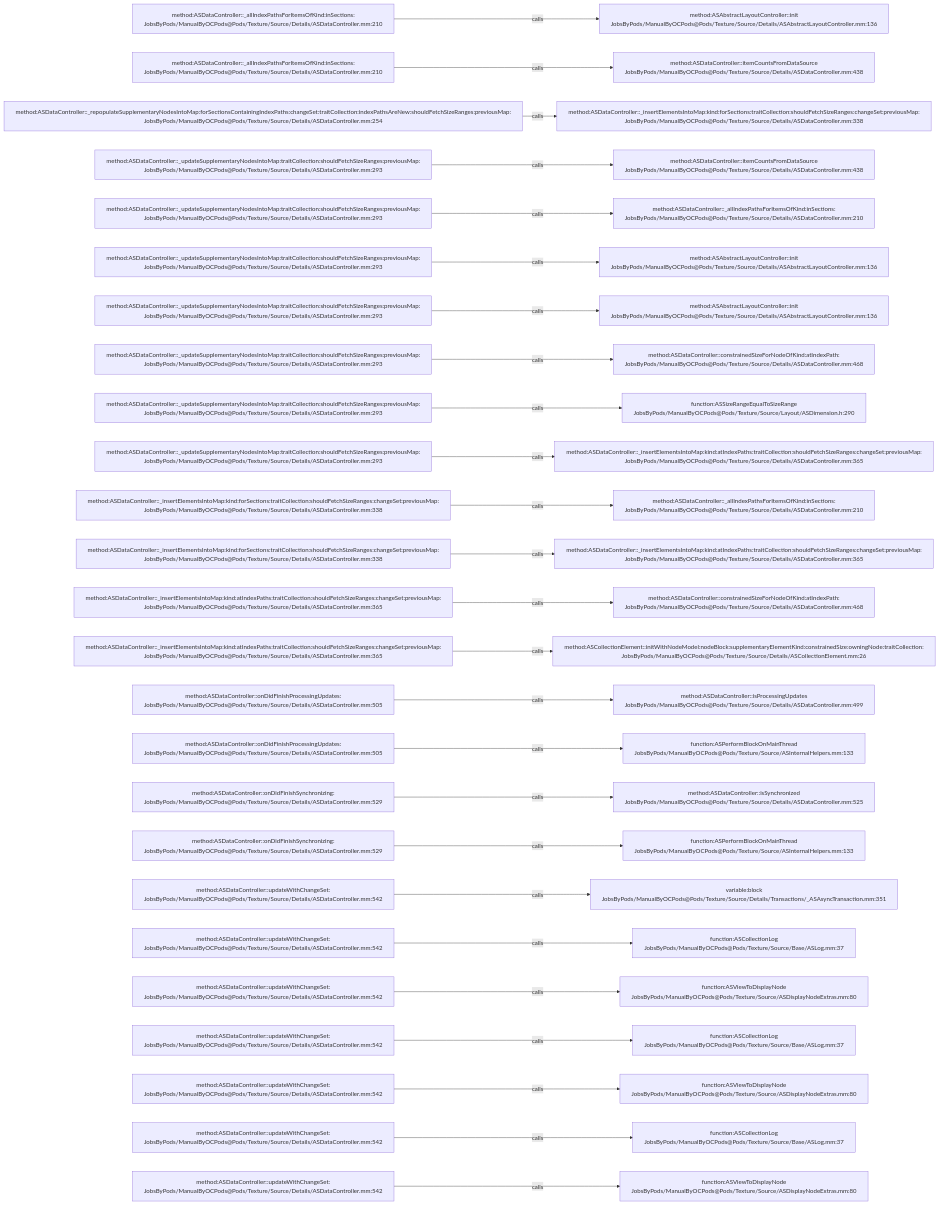
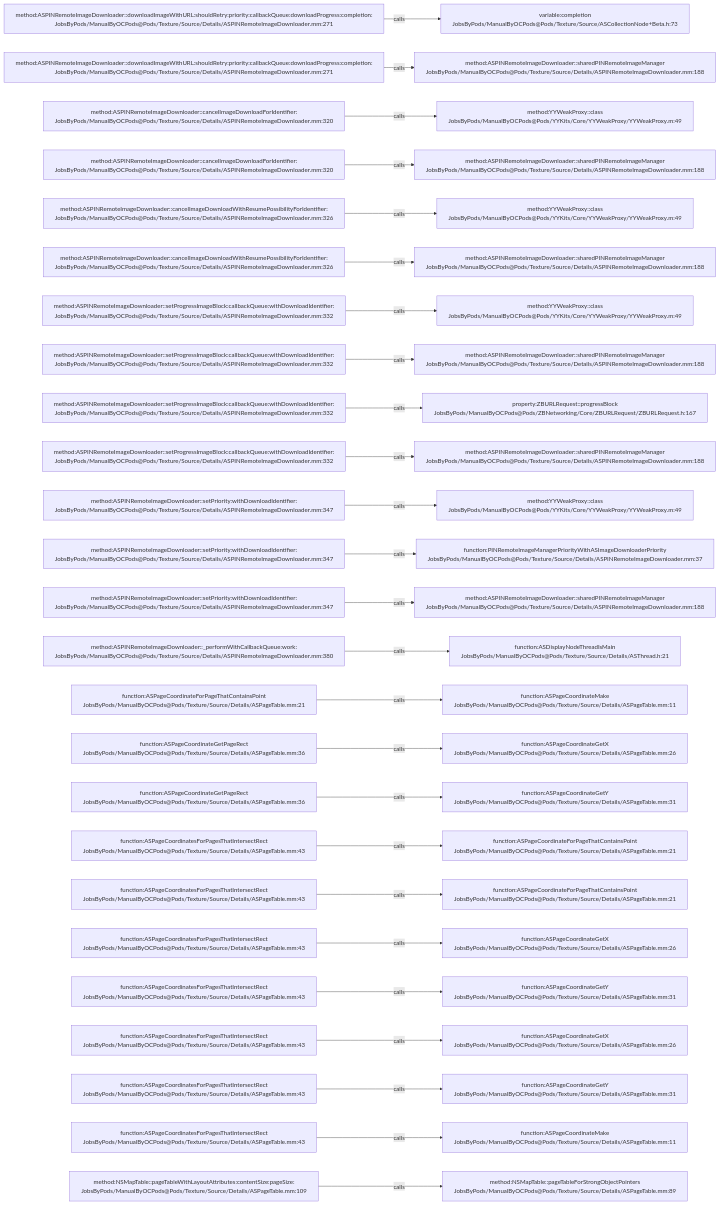
One commit to JobsKits/JobsOCBaseConfigDemo changed the diagram in .codegraph/codegraph.md/graphs/calls-146.md. Above: the diagram before and after it, drawn with Mermaid. The commit also changed 2723 other files, not shown here.

````diff
--- a/.codegraph/codegraph.md/graphs/calls-146.md
+++ b/.codegraph/codegraph.md/graphs/calls-146.md
@@ -13,78 +13,78 @@
 ```mermaid
 flowchart LR
-  S1["method:ASDataController::_allIndexPathsForItemsOfKind:inSections:<br/>JobsByPods/ManualByOCPods@Pods/Texture/Source/Details/ASDataController.mm:210"]
-  T1["method:ASAbstractLayoutController::init<br/>JobsByPods/ManualByOCPods@Pods/Texture/Source/Details/ASAbstractLayoutController.mm:136"]
+  S1["method:ASPINRemoteImageDownloader::downloadImageWithURL:shouldRetry:priority:callbackQueue:downloadProgress:completion:<br/>JobsByPods/ManualByOCPods@Pods/Texture/Source/Details/ASPINRemoteImageDownloader.mm:271"]
+  T1["variable:completion<br/>JobsByPods/ManualByOCPods@Pods/Texture/Source/ASCollectionNode+Beta.h:73"]
   S1 -->|calls| T1
-  S2["method:ASDataController::_allIndexPathsForItemsOfKind:inSections:<br/>JobsByPods/ManualByOCPods@Pods/Texture/Source/Details/ASDataController.mm:210"]
-  T2["method:ASDataController::itemCountsFromDataSource<br/>JobsByPods/ManualByOCPods@Pods/Texture/Source/Details/ASDataController.mm:438"]
+  S2["method:ASPINRemoteImageDownloader::downloadImageWithURL:shouldRetry:priority:callbackQueue:downloadProgress:completion:<br/>JobsByPods/ManualByOCPods@Pods/Texture/Source/Details/ASPINRemoteImageDownloader.mm:271"]
+  T2["method:ASPINRemoteImageDownloader::sharedPINRemoteImageManager<br/>JobsByPods/ManualByOCPods@Pods/Texture/Source/Details/ASPINRemoteImageDownloader.mm:188"]
   S2 -->|calls| T2
-  S3["method:ASDataController::_repopulateSupplementaryNodesIntoMap:forSectionsContainingIndexPaths:changeSet:traitCollection:indexPathsAreNew:shouldFetchSizeRanges:previousMap:<br/>JobsByPods/ManualByOCPods@Pods/Texture/Source/Details/ASDataController.mm:254"]
-  T3["method:ASDataController::_insertElementsIntoMap:kind:forSections:traitCollection:shouldFetchSizeRanges:changeSet:previousMap:<br/>JobsByPods/ManualByOCPods@Pods/Texture/Source/Details/ASDataController.mm:338"]
+  S3["method:ASPINRemoteImageDownloader::cancelImageDownloadForIdentifier:<br/>JobsByPods/ManualByOCPods@Pods/Texture/Source/Details/ASPINRemoteImageDownloader.mm:320"]
+  T3["method:YYWeakProxy::class<br/>JobsByPods/ManualByOCPods@Pods/YYKits/Core/YYWeakProxy/YYWeakProxy.m:49"]
   S3 -->|calls| T3
-  S4["method:ASDataController::_updateSupplementaryNodesIntoMap:traitCollection:shouldFetchSizeRanges:previousMap:<br/>JobsByPods/ManualByOCPods@Pods/Texture/Source/Details/ASDataController.mm:293"]
-  T4["method:ASDataController::itemCountsFromDataSource<br/>JobsByPods/ManualByOCPods@Pods/Texture/Source/Details/ASDataController.mm:438"]
+  S4["method:ASPINRemoteImageDownloader::cancelImageDownloadForIdentifier:<br/>JobsByPods/ManualByOCPods@Pods/Texture/Source/Details/ASPINRemoteImageDownloader.mm:320"]
+  T4["method:ASPINRemoteImageDownloader::sharedPINRemoteImageManager<br/>JobsByPods/ManualByOCPods@Pods/Texture/Source/Details/ASPINRemoteImageDownloader.mm:188"]
   S4 -->|calls| T4
-  S5["method:ASDataController::_updateSupplementaryNodesIntoMap:traitCollection:shouldFetchSizeRanges:previousMap:<br/>JobsByPods/ManualByOCPods@Pods/Texture/Source/Details/ASDataController.mm:293"]
-  T5["method:ASDataController::_allIndexPathsForItemsOfKind:inSections:<br/>JobsByPods/ManualByOCPods@Pods/Texture/Source/Details/ASDataController.mm:210"]
+  S5["method:ASPINRemoteImageDownloader::cancelImageDownloadWithResumePossibilityForIdentifier:<br/>JobsByPods/ManualByOCPods@Pods/Texture/Source/Details/ASPINRemoteImageDownloader.mm:326"]
+  T5["method:YYWeakProxy::class<br/>JobsByPods/ManualByOCPods@Pods/YYKits/Core/YYWeakProxy/YYWeakProxy.m:49"]
   S5 -->|calls| T5
-  S6["method:ASDataController::_updateSupplementaryNodesIntoMap:traitCollection:shouldFetchSizeRanges:previousMap:<br/>JobsByPods/ManualByOCPods@Pods/Texture/Source/Details/ASDataController.mm:293"]
-  T6["method:ASAbstractLayoutController::init<br/>JobsByPods/ManualByOCPods@Pods/Texture/Source/Details/ASAbstractLayoutController.mm:136"]
+  S6["method:ASPINRemoteImageDownloader::cancelImageDownloadWithResumePossibilityForIdentifier:<br/>JobsByPods/ManualByOCPods@Pods/Texture/Source/Details/ASPINRemoteImageDownloader.mm:326"]
+  T6["method:ASPINRemoteImageDownloader::sharedPINRemoteImageManager<br/>JobsByPods/ManualByOCPods@Pods/Texture/Source/Details/ASPINRemoteImageDownloader.mm:188"]
   S6 -->|calls| T6
-  S7["method:ASDataController::_updateSupplementaryNodesIntoMap:traitCollection:shouldFetchSizeRanges:previousMap:<br/>JobsByPods/ManualByOCPods@Pods/Texture/Source/Details/ASDataController.mm:293"]
-  T7["method:ASAbstractLayoutController::init<br/>JobsByPods/ManualByOCPods@Pods/Texture/Source/Details/ASAbstractLayoutController.mm:136"]
+  S7["method:ASPINRemoteImageDownloader::setProgressImageBlock:callbackQueue:withDownloadIdentifier:<br/>JobsByPods/ManualByOCPods@Pods/Texture/Source/Details/ASPINRemoteImageDownloader.mm:332"]
+  T7["method:YYWeakProxy::class<br/>JobsByPods/ManualByOCPods@Pods/YYKits/Core/YYWeakProxy/YYWeakProxy.m:49"]
   S7 -->|calls| T7
-  S8["method:ASDataController::_updateSupplementaryNodesIntoMap:traitCollection:shouldFetchSizeRanges:previousMap:<br/>JobsByPods/ManualByOCPods@Pods/Texture/Source/Details/ASDataController.mm:293"]
-  T8["method:ASDataController::constrainedSizeForNodeOfKind:atIndexPath:<br/>JobsByPods/ManualByOCPods@Pods/Texture/Source/Details/ASDataController.mm:468"]
+  S8["method:ASPINRemoteImageDownloader::setProgressImageBlock:callbackQueue:withDownloadIdentifier:<br/>JobsByPods/ManualByOCPods@Pods/Texture/Source/Details/ASPINRemoteImageDownloader.mm:332"]
+  T8["method:ASPINRemoteImageDownloader::sharedPINRemoteImageManager<br/>JobsByPods/ManualByOCPods@Pods/Texture/Source/Details/ASPINRemoteImageDownloader.mm:188"]
   S8 -->|calls| T8
-  S9["method:ASDataController::_updateSupplementaryNodesIntoMap:traitCollection:shouldFetchSizeRanges:previousMap:<br/>JobsByPods/ManualByOCPods@Pods/Texture/Source/Details/ASDataController.mm:293"]
-  T9["function:ASSizeRangeEqualToSizeRange<br/>JobsByPods/ManualByOCPods@Pods/Texture/Source/Layout/ASDimension.h:290"]
+  S9["method:ASPINRemoteImageDownloader::setProgressImageBlock:callbackQueue:withDownloadIdentifier:<br/>JobsByPods/ManualByOCPods@Pods/Texture/Source/Details/ASPINRemoteImageDownloader.mm:332"]
+  T9["property:ZBURLRequest::progressBlock<br/>JobsByPods/ManualByOCPods@Pods/ZBNetworking/Core/ZBURLRequest/ZBURLRequest.h:167"]
   S9 -->|calls| T9
-  S10["method:ASDataController::_updateSupplementaryNodesIntoMap:traitCollection:shouldFetchSizeRanges:previousMap:<br/>JobsByPods/ManualByOCPods@Pods/Texture/Source/Details/ASDataController.mm:293"]
-  T10["method:ASDataController::_insertElementsIntoMap:kind:atIndexPaths:traitCollection:shouldFetchSizeRanges:changeSet:previousMap:<br/>JobsByPods/ManualByOCPods@Pods/Texture/Source/Details/ASDataController.mm:365"]
+  S10["method:ASPINRemoteImageDownloader::setProgressImageBlock:callbackQueue:withDownloadIdentifier:<br/>JobsByPods/ManualByOCPods@Pods/Texture/Source/Details/ASPINRemoteImageDownloader.mm:332"]
+  T10["method:ASPINRemoteImageDownloader::sharedPINRemoteImageManager<br/>JobsByPods/ManualByOCPods@Pods/Texture/Source/Details/ASPINRemoteImageDownloader.mm:188"]
   S10 -->|calls| T10
-  S11["method:ASDataController::_insertElementsIntoMap:kind:forSections:traitCollection:shouldFetchSizeRanges:changeSet:previousMap:<br/>JobsByPods/ManualByOCPods@Pods/Texture/Source/Details/ASDataController.mm:338"]
-  T11["method:ASDataController::_allIndexPathsForItemsOfKind:inSections:<br/>JobsByPods/ManualByOCPods@Pods/Texture/Source/Details/ASDataController.mm:210"]
+  S11["method:ASPINRemoteImageDownloader::setPriority:withDownloadIdentifier:<br/>JobsByPods/ManualByOCPods@Pods/Texture/Source/Details/ASPINRemoteImageDownloader.mm:347"]
+  T11["method:YYWeakProxy::class<br/>JobsByPods/ManualByOCPods@Pods/YYKits/Core/YYWeakProxy/YYWeakProxy.m:49"]
   S11 -->|calls| T11
-  S12["method:ASDataController::_insertElementsIntoMap:kind:forSections:traitCollection:shouldFetchSizeRanges:changeSet:previousMap:<br/>JobsByPods/ManualByOCPods@Pods/Texture/Source/Details/ASDataController.mm:338"]
-  T12["method:ASDataController::_insertElementsIntoMap:kind:atIndexPaths:traitCollection:shouldFetchSizeRanges:changeSet:previousMap:<br/>JobsByPods/ManualByOCPods@Pods/Texture/Source/Details/ASDataController.mm:365"]
+  S12["method:ASPINRemoteImageDownloader::setPriority:withDownloadIdentifier:<br/>JobsByPods/ManualByOCPods@Pods/Texture/Source/Details/ASPINRemoteImageDownloader.mm:347"]
+  T12["function:PINRemoteImageManagerPriorityWithASImageDownloaderPriority<br/>JobsByPods/ManualByOCPods@Pods/Texture/Source/Details/ASPINRemoteImageDownloader.mm:37"]
   S12 -->|calls| T12
-  S13["method:ASDataController::_insertElementsIntoMap:kind:atIndexPaths:traitCollection:shouldFetchSizeRanges:changeSet:previousMap:<br/>JobsByPods/ManualByOCPods@Pods/Texture/Source/Details/ASDataController.mm:365"]
-  T13["method:ASDataController::constrainedSizeForNodeOfKind:atIndexPath:<br/>JobsByPods/ManualByOCPods@Pods/Texture/Source/Details/ASDataController.mm:468"]
+  S13["method:ASPINRemoteImageDownloader::setPriority:withDownloadIdentifier:<br/>JobsByPods/ManualByOCPods@Pods/Texture/Source/Details/ASPINRemoteImageDownloader.mm:347"]
+  T13["method:ASPINRemoteImageDownloader::sharedPINRemoteImageManager<br/>JobsByPods/ManualByOCPods@Pods/Texture/Source/Details/ASPINRemoteImageDownloader.mm:188"]
   S13 -->|calls| T13
-  S14["method:ASDataController::_insertElementsIntoMap:kind:atIndexPaths:traitCollection:shouldFetchSizeRanges:changeSet:previousMap:<br/>JobsByPods/ManualByOCPods@Pods/Texture/Source/Details/ASDataController.mm:365"]
-  T14["method:ASCollectionElement::initWithNodeModel:nodeBlock:supplementaryElementKind:constrainedSize:owningNode:traitCollection:<br/>JobsByPods/ManualByOCPods@Pods/Texture/Source/Details/ASCollectionElement.mm:26"]
+  S14["method:ASPINRemoteImageDownloader::_performWithCallbackQueue:work:<br/>JobsByPods/ManualByOCPods@Pods/Texture/Source/Details/ASPINRemoteImageDownloader.mm:380"]
+  T14["function:ASDisplayNodeThreadIsMain<br/>JobsByPods/ManualByOCPods@Pods/Texture/Source/Details/ASThread.h:21"]
   S14 -->|calls| T14
-  S15["method:ASDataController::onDidFinishProcessingUpdates:<br/>JobsByPods/ManualByOCPods@Pods/Texture/Source/Details/ASDataController.mm:505"]
-  T15["method:ASDataController::isProcessingUpdates<br/>JobsByPods/ManualByOCPods@Pods/Texture/Source/Details/ASDataController.mm:499"]
+  S15["function:ASPageCoordinateForPageThatContainsPoint<br/>JobsByPods/ManualByOCPods@Pods/Texture/Source/Details/ASPageTable.mm:21"]
+  T15["function:ASPageCoordinateMake<br/>JobsByPods/ManualByOCPods@Pods/Texture/Source/Details/ASPageTable.mm:11"]
   S15 -->|calls| T15
-  S16["method:ASDataController::onDidFinishProcessingUpdates:<br/>JobsByPods/ManualByOCPods@Pods/Texture/Source/Details/ASDataController.mm:505"]
-  T16["function:ASPerformBlockOnMainThread<br/>JobsByPods/ManualByOCPods@Pods/Texture/Source/ASInternalHelpers.mm:133"]
+  S16["function:ASPageCoordinateGetPageRect<br/>JobsByPods/ManualByOCPods@Pods/Texture/Source/Details/ASPageTable.mm:36"]
+  T16["function:ASPageCoordinateGetX<br/>JobsByPods/ManualByOCPods@Pods/Texture/Source/Details/ASPageTable.mm:26"]
   S16 -->|calls| T16
-  S17["method:ASDataController::onDidFinishSynchronizing:<br/>JobsByPods/ManualByOCPods@Pods/Texture/Source/Details/ASDataController.mm:529"]
-  T17["method:ASDataController::isSynchronized<br/>JobsByPods/ManualByOCPods@Pods/Texture/Source/Details/ASDataController.mm:525"]
+  S17["function:ASPageCoordinateGetPageRect<br/>JobsByPods/ManualByOCPods@Pods/Texture/Source/Details/ASPageTable.mm:36"]
+  T17["function:ASPageCoordinateGetY<br/>JobsByPods/ManualByOCPods@Pods/Texture/Source/Details/ASPageTable.mm:31"]
   S17 -->|calls| T17
-  S18["method:ASDataController::onDidFinishSynchronizing:<br/>JobsByPods/ManualByOCPods@Pods/Texture/Source/Details/ASDataController.mm:529"]
-  T18["function:ASPerformBlockOnMainThread<br/>JobsByPods/ManualByOCPods@Pods/Texture/Source/ASInternalHelpers.mm:133"]
+  S18["function:ASPageCoordinatesForPagesThatIntersectRect<br/>JobsByPods/ManualByOCPods@Pods/Texture/Source/Details/ASPageTable.mm:43"]
+  T18["function:ASPageCoordinateForPageThatContainsPoint<br/>JobsByPods/ManualByOCPods@Pods/Texture/Source/Details/ASPageTable.mm:21"]
   S18 -->|calls| T18
-  S19["method:ASDataController::updateWithChangeSet:<br/>JobsByPods/ManualByOCPods@Pods/Texture/Source/Details/ASDataController.mm:542"]
-  T19["variable:block<br/>JobsByPods/ManualByOCPods@Pods/Texture/Source/Details/Transactions/_ASAsyncTransaction.mm:351"]
+  S19["function:ASPageCoordinatesForPagesThatIntersectRect<br/>JobsByPods/ManualByOCPods@Pods/Texture/Source/Details/ASPageTable.mm:43"]
+  T19["function:ASPageCoordinateForPageThatContainsPoint<br/>JobsByPods/ManualByOCPods@Pods/Texture/Source/Details/ASPageTable.mm:21"]
   S19 -->|calls| T19
-  S20["method:ASDataController::updateWithChangeSet:<br/>JobsByPods/ManualByOCPods@Pods/Texture/Source/Details/ASDataController.mm:542"]
-  T20["function:ASCollectionLog<br/>JobsByPods/ManualByOCPods@Pods/Texture/Source/Base/ASLog.mm:37"]
+  S20["function:ASPageCoordinatesForPagesThatIntersectRect<br/>JobsByPods/ManualByOCPods@Pods/Texture/Source/Details/ASPageTable.mm:43"]
+  T20["function:ASPageCoordinateGetX<br/>JobsByPods/ManualByOCPods@Pods/Texture/Source/Details/ASPageTable.mm:26"]
   S20 -->|calls| T20
-  S21["method:ASDataController::updateWithChangeSet:<br/>JobsByPods/ManualByOCPods@Pods/Texture/Source/Details/ASDataController.mm:542"]
-  T21["function:ASViewToDisplayNode<br/>JobsByPods/ManualByOCPods@Pods/Texture/Source/ASDisplayNodeExtras.mm:80"]
+  S21["function:ASPageCoordinatesForPagesThatIntersectRect<br/>JobsByPods/ManualByOCPods@Pods/Texture/Source/Details/ASPageTable.mm:43"]
+  T21["function:ASPageCoordinateGetY<br/>JobsByPods/ManualByOCPods@Pods/Texture/Source/Details/ASPageTable.mm:31"]
   S21 -->|calls| T21
-  S22["method:ASDataController::updateWithChangeSet:<br/>JobsByPods/ManualByOCPods@Pods/Texture/Source/Details/ASDataController.mm:542"]
-  T22["function:ASCollectionLog<br/>JobsByPods/ManualByOCPods@Pods/Texture/Source/Base/ASLog.mm:37"]
+  S22["function:ASPageCoordinatesForPagesThatIntersectRect<br/>JobsByPods/ManualByOCPods@Pods/Texture/Source/Details/ASPageTable.mm:43"]
+  T22["function:ASPageCoordinateGetX<br/>JobsByPods/ManualByOCPods@Pods/Texture/Source/Details/ASPageTable.mm:26"]
   S22 -->|calls| T22
-  S23["method:ASDataController::updateWithChangeSet:<br/>JobsByPods/ManualByOCPods@Pods/Texture/Source/Details/ASDataController.mm:542"]
-  T23["function:ASViewToDisplayNode<br/>JobsByPods/ManualByOCPods@Pods/Texture/Source/ASDisplayNodeExtras.mm:80"]
+  S23["function:ASPageCoordinatesForPagesThatIntersectRect<br/>JobsByPods/ManualByOCPods@Pods/Texture/Source/Details/ASPageTable.mm:43"]
+  T23["function:ASPageCoordinateGetY<br/>JobsByPods/ManualByOCPods@Pods/Texture/Source/Details/ASPageTable.mm:31"]
   S23 -->|calls| T23
-  S24["method:ASDataController::updateWithChangeSet:<br/>JobsByPods/ManualByOCPods@Pods/Texture/Source/Details/ASDataController.mm:542"]
-  T24["function:ASCollectionLog<br/>JobsByPods/ManualByOCPods@Pods/Texture/Source/Base/ASLog.mm:37"]
+  S24["function:ASPageCoordinatesForPagesThatIntersectRect<br/>JobsByPods/ManualByOCPods@Pods/Texture/Source/Details/ASPageTable.mm:43"]
+  T24["function:ASPageCoordinateMake<br/>JobsByPods/ManualByOCPods@Pods/Texture/Source/Details/ASPageTable.mm:11"]
   S24 -->|calls| T24
-  S25["method:ASDataController::updateWithChangeSet:<br/>JobsByPods/ManualByOCPods@Pods/Texture/Source/Details/ASDataController.mm:542"]
-  T25["function:ASViewToDisplayNode<br/>JobsByPods/ManualByOCPods@Pods/Texture/Source/ASDisplayNodeExtras.mm:80"]
+  S25["method:NSMapTable::pageTableWithLayoutAttributes:contentSize:pageSize:<br/>JobsByPods/ManualByOCPods@Pods/Texture/Source/Details/ASPageTable.mm:109"]
+  T25["method:NSMapTable::pageTableForStrongObjectPointers<br/>JobsByPods/ManualByOCPods@Pods/Texture/Source/Details/ASPageTable.mm:89"]
   S25 -->|calls| T25
 ```
````
